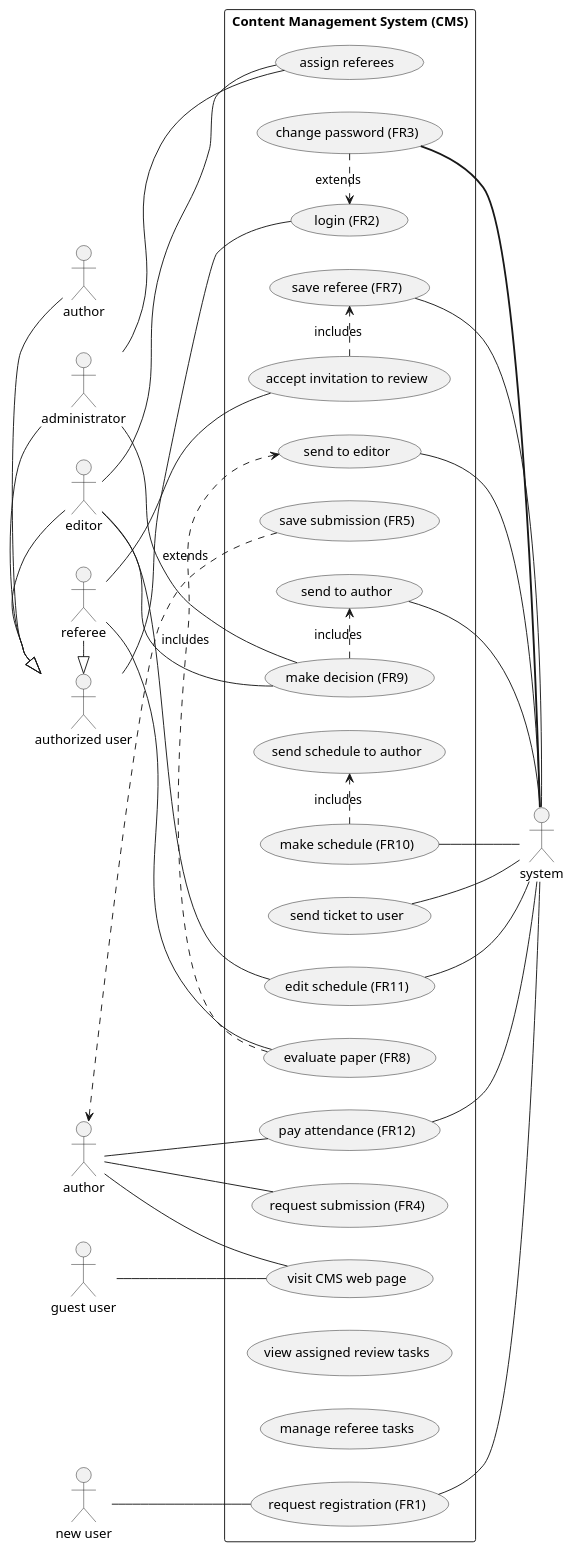
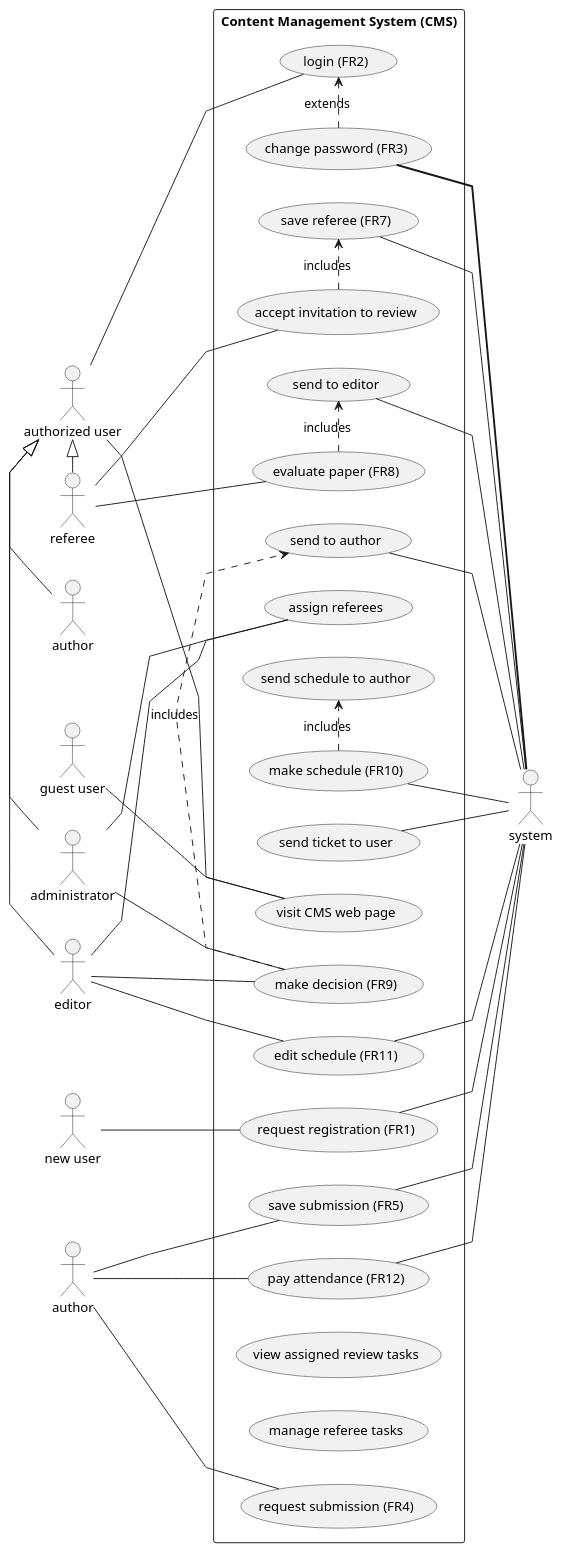
Before and after one commit to Arunscape/ECE493: the second of 2 diagrams in lab/lab2/notes.org, drawn with PlantUML. The commit also changed 1 other file, not shown here.

Commit message:
i need sleep

```diff
--- a/lab/lab2/notes.org
+++ b/lab/lab2/notes.org
@@ -83,6 +83,7 @@
 #+begin_src plantuml :file usecase.svg
 @startuml
 left to right direction
+skinparam linetype  polyline
 actor "new user" as nu
 actor "authorized user" as auth
 actor administrator as ad
@@ -91,10 +92,11 @@
 actor author as au
 actor system as sys
 
-ad -|> auth
-ed -|> auth
-ref -|> auth
-author -|> auth
+
+ad -left-|> auth
+ed -left-|> auth
+ref -left-|> auth
+author -left-|> auth
 
 actor "guest user" as gu
 rectangle "Content Management System (CMS)" {
@@ -139,7 +141,8 @@
 au -- submit
 
 '5' 
-au <. ss : extends
+au -- ss
+ss -- sys
 
 '6'
 ed -- ar
@@ -175,9 +178,8 @@
 pay -- sys
 sys -- st
 
-''
 
-au -- v
+auth -- v
 gu -- v
 
 @enduml
```
